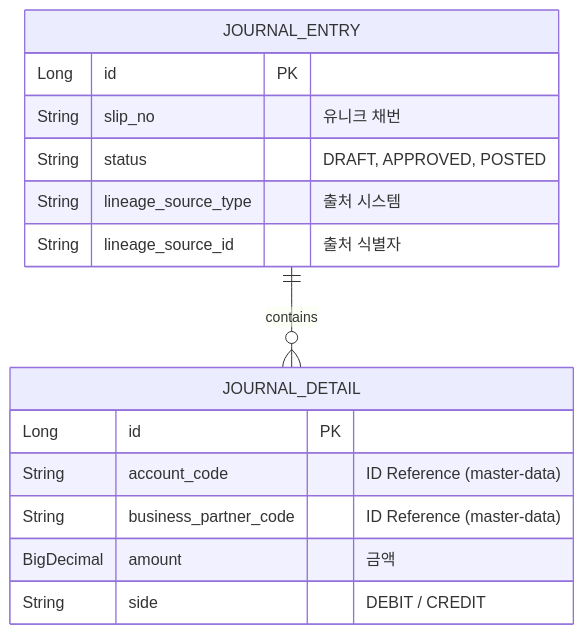
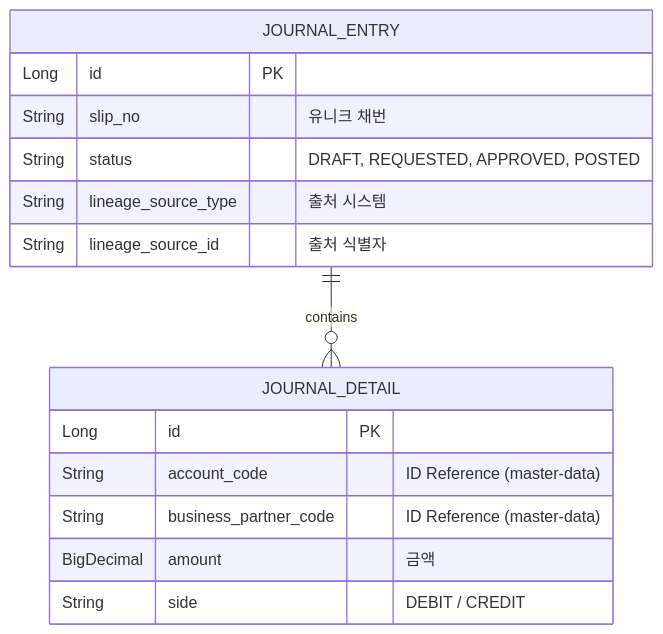
The third of 3 diagrams in journal-ledger/README.md (skyg547/account), drawn with Mermaid before and after one commit. The commit also changed other lines of this file and 38 other files, not shown here.

````diff
--- a/journal-ledger/README.md
+++ b/journal-ledger/README.md
@@ -75,18 +75,18 @@
 ```mermaid
 erDiagram
     JOURNAL_ENTRY ||--o{ JOURNAL_DETAIL : "contains"
     JOURNAL_ENTRY {
         Long id PK
         String slip_no "유니크 채번"
-        String status "DRAFT, APPROVED, POSTED"
+        String status "DRAFT, REQUESTED, APPROVED, POSTED"
         String lineage_source_type "출처 시스템"
         String lineage_source_id "출처 식별자"
     }
     JOURNAL_DETAIL {
         Long id PK
         String account_code "ID Reference (master-data)"
         String business_partner_code "ID Reference (master-data)"
         BigDecimal amount "금액"
         String side "DEBIT / CREDIT"
     }
 ```
````
